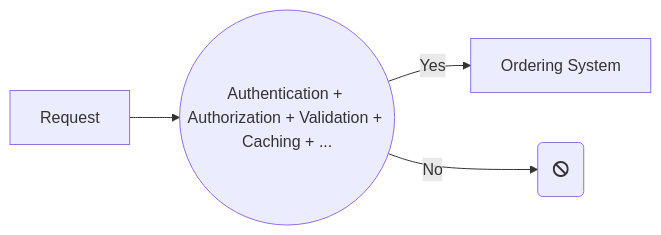
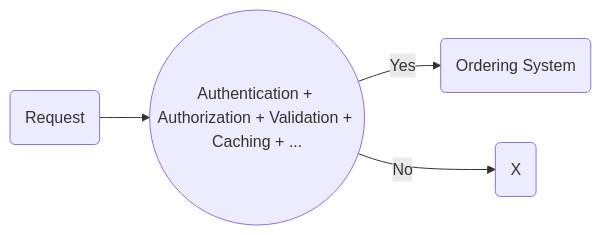
Before and after one commit to Buzzvil/awesome-design-patterns: the second of 2 diagrams in patterns/chain_of_responsibility/README.md, drawn with Mermaid. The commit also changed other lines of this file, not shown here.

Commit message:
change icon to X

````diff
--- a/patterns/chain_of_responsibility/README.md
+++ b/patterns/chain_of_responsibility/README.md
@@ -26,6 +26,6 @@
 ``` mermaid
 graph LR;
-    A[Request] --> B((Authentication + Authorization + Validation + Caching + ...))
-    B -->|Yes| C[Ordering System]
-    B -->|No| D(fa:fa-ban)
+    A(Request) --> B((Authentication + Authorization + Validation + Caching + ...))
+    B -->|Yes| C(Ordering System)
+    B -->|No| D(X)
 ```
````
